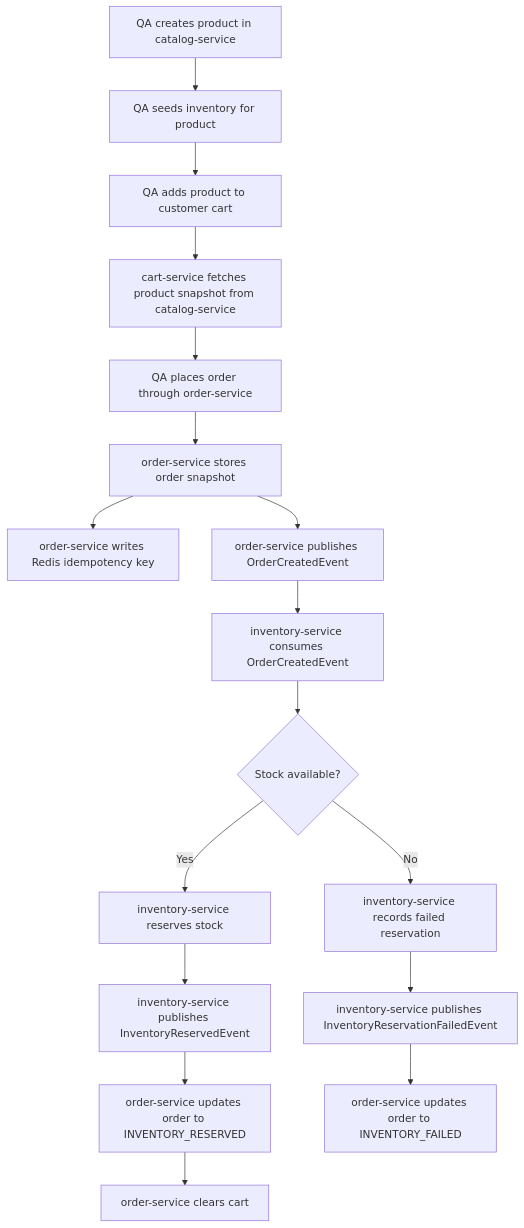
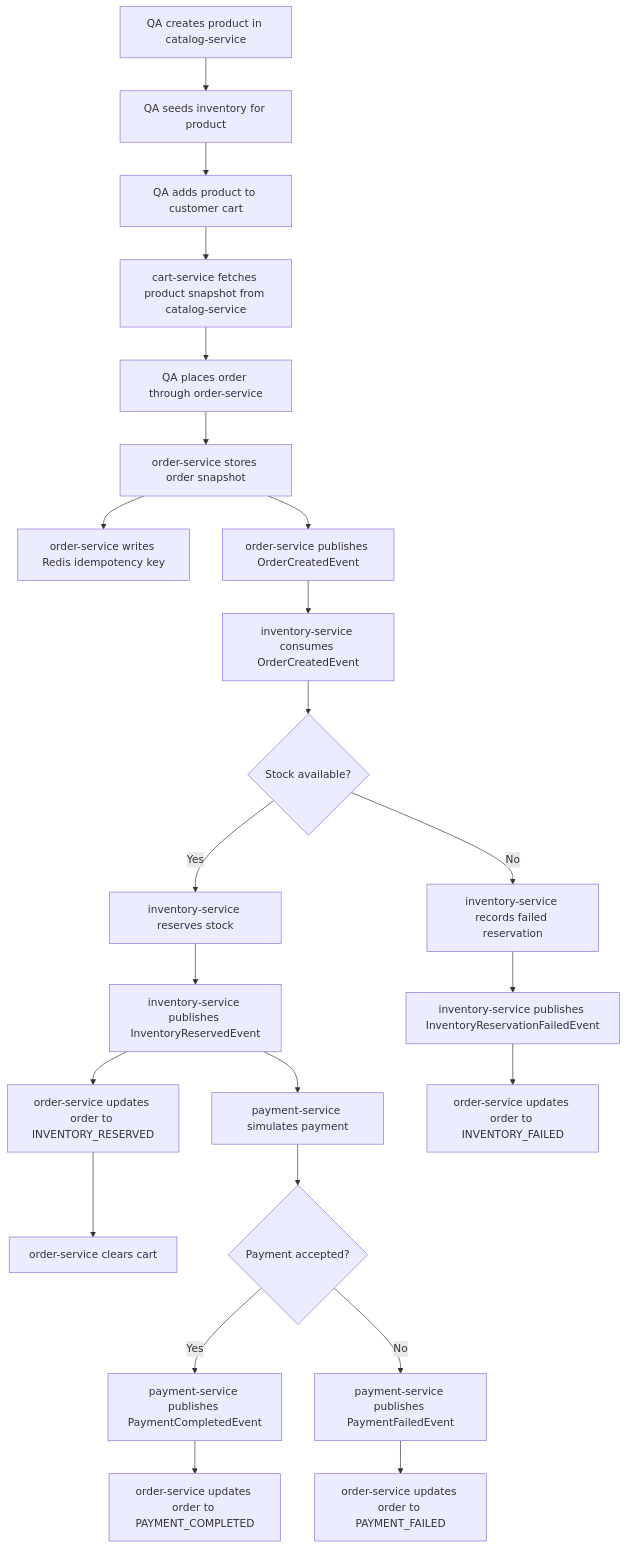
The diagram in docs/10-qa-application-flow.md (amttmr/EventCart), drawn with Mermaid before and after one commit. The commit also changed other lines of this file and 50 other files, not shown here.

Commit message:
added payment service and updated docs accordingly

````diff
--- a/docs/10-qa-application-flow.md
+++ b/docs/10-qa-application-flow.md
@@ -45,19 +47,25 @@
 ```mermaid
 flowchart TD
     A["QA creates product in catalog-service"] --> B["QA seeds inventory for product"]
     B --> C["QA adds product to customer cart"]
     C --> D["cart-service fetches product snapshot from catalog-service"]
     D --> E["QA places order through order-service"]
     E --> F["order-service stores order snapshot"]
     F --> G["order-service writes Redis idempotency key"]
     F --> H["order-service publishes OrderCreatedEvent"]
     H --> I["inventory-service consumes OrderCreatedEvent"]
     I --> J{"Stock available?"}
     J -->|Yes| K["inventory-service reserves stock"]
     J -->|No| L["inventory-service records failed reservation"]
     K --> M["inventory-service publishes InventoryReservedEvent"]
     L --> N["inventory-service publishes InventoryReservationFailedEvent"]
     M --> O["order-service updates order to INVENTORY_RESERVED"]
     O --> P["order-service clears cart"]
+    M --> R["payment-service simulates payment"]
+    R --> S{"Payment accepted?"}
+    S -->|Yes| T["payment-service publishes PaymentCompletedEvent"]
+    S -->|No| U["payment-service publishes PaymentFailedEvent"]
+    T --> V["order-service updates order to PAYMENT_COMPLETED"]
+    U --> W["order-service updates order to PAYMENT_FAILED"]
     N --> Q["order-service updates order to INVENTORY_FAILED"]
 ```
````
